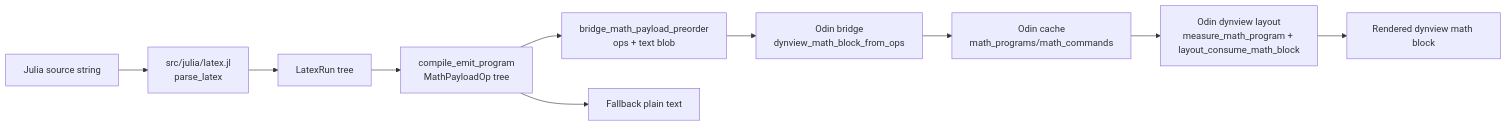
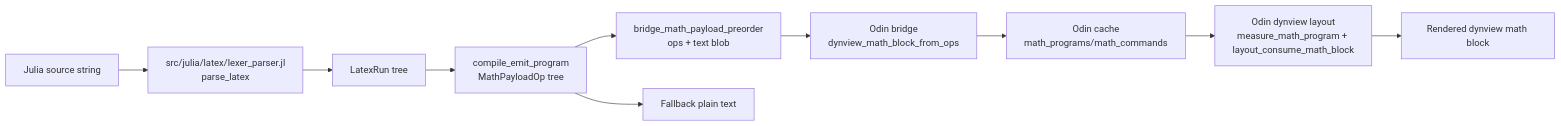
One commit to derekshoneycutt/Euclid changed the first of 2 diagrams in docs/wiki/Guides/ArchitectureSummary.md. Above: the diagram before and after it, drawn with Mermaid. The commit also changed other lines of this file and 3 other files, not shown here.

````diff
--- a/docs/wiki/Guides/ArchitectureSummary.md
+++ b/docs/wiki/Guides/ArchitectureSummary.md
@@ -181,16 +182,16 @@
 ```mermaid
 flowchart LR
     A[Julia source string]
-    B[src/julia/latex.jl\nparse_latex]
+    B[src/julia/latex/lexer_parser.jl\nparse_latex]
     C[LatexRun tree]
     D[compile_emit_program\nMathPayloadOp tree]
     E[bridge_math_payload_preorder\nops + text blob]
     F[Odin bridge\ndynview_math_block_from_ops]
     G[Odin cache\nmath_programs/math_commands]
     H[Odin dynview layout\nmeasure_math_program + layout_consume_math_block]
     I[Rendered dynview math block]
     J[Fallback plain text]
 
     A --> B --> C --> D --> E --> F --> G --> H --> I
     D --> J
 ```
````
